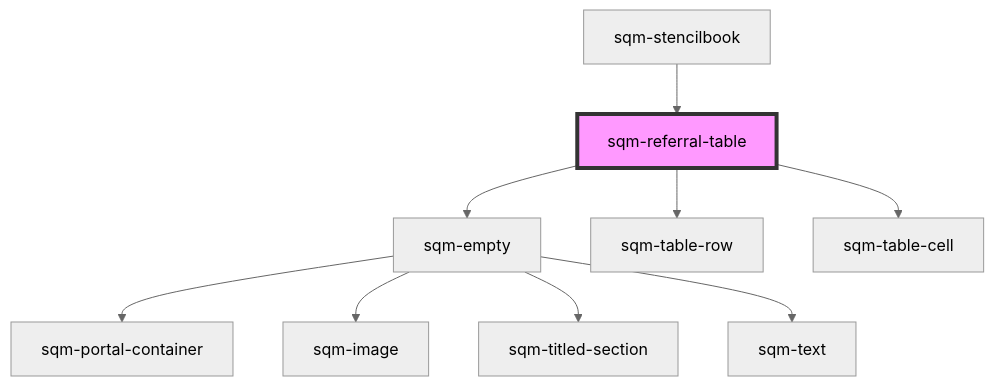
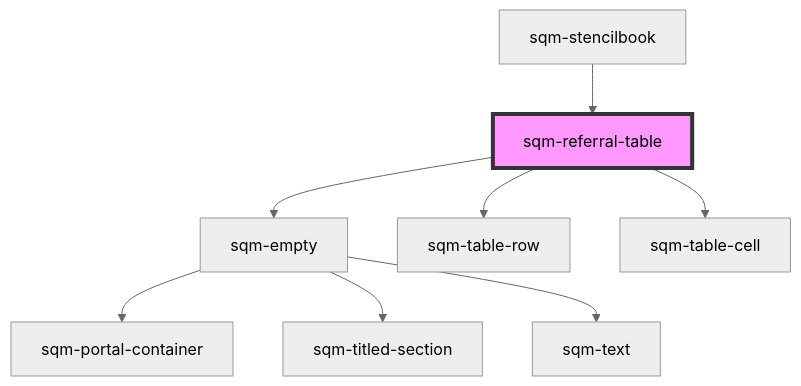
Before and after one commit to saasquatch/program-tools: the diagram in packages/mint-components/src/components/sqm-referral-table/readme.md, drawn with Mermaid (neutral theme). The commit also changed 16 other files, not shown here.

````diff
--- a/packages/mint-components/src/components/sqm-referral-table/readme.md
+++ b/packages/mint-components/src/components/sqm-referral-table/readme.md
@@ -37,12 +37,11 @@
 ```mermaid
 graph TD;
   sqm-referral-table --> sqm-empty
   sqm-referral-table --> sqm-table-row
   sqm-referral-table --> sqm-table-cell
   sqm-empty --> sqm-portal-container
-  sqm-empty --> sqm-image
   sqm-empty --> sqm-titled-section
   sqm-empty --> sqm-text
   sqm-stencilbook --> sqm-referral-table
   style sqm-referral-table fill:#f9f,stroke:#333,stroke-width:4px
 ```
````
